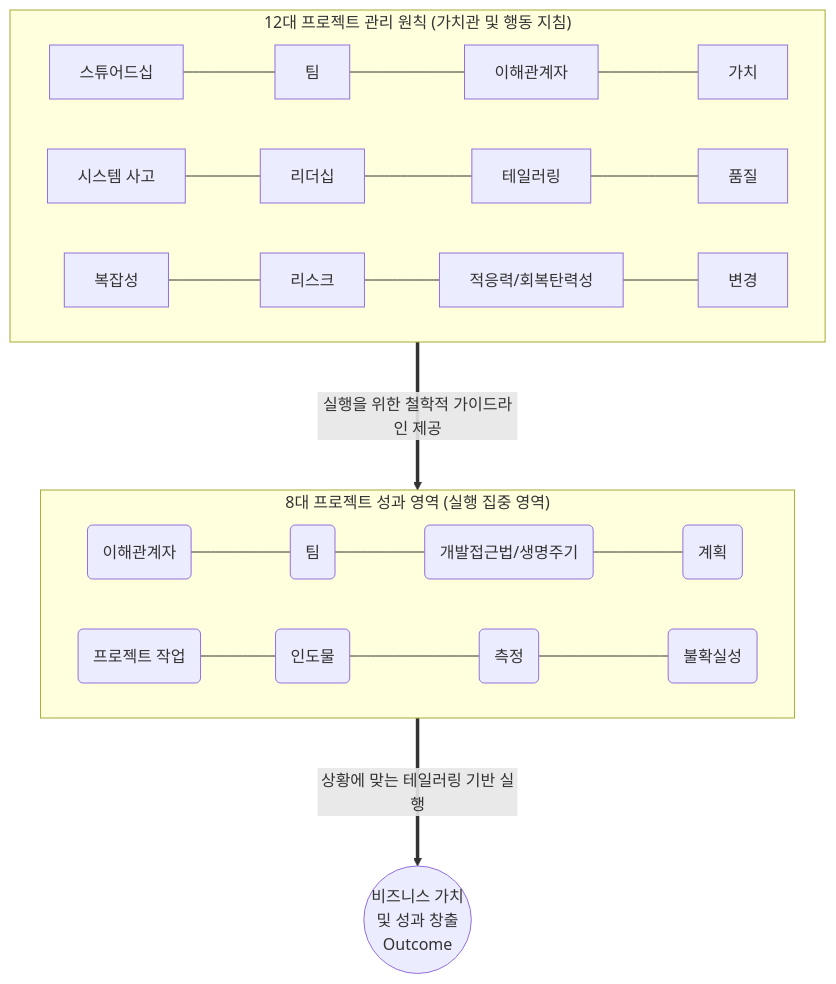
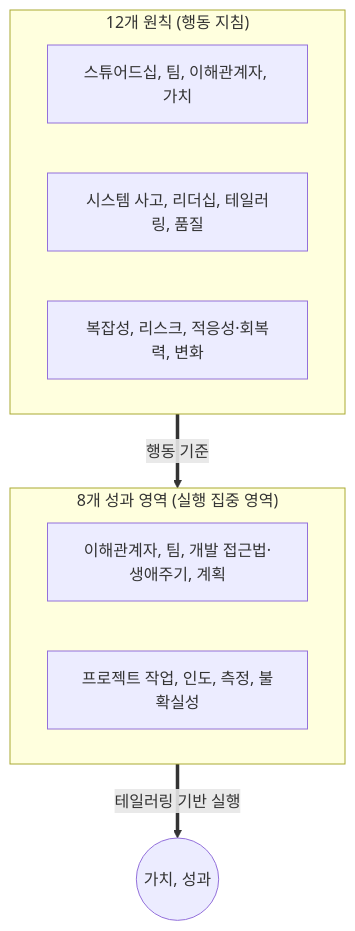
One commit to supremethumb/supremethumb.github.io changed the diagram in content/01_IT Tech/PMBOK 8개 성과 영역 및 프로젝트 관리 12원칙(PMBOK 7판).md. Above: the diagram before and after it, drawn with Mermaid. The commit also changed other lines of this file and 1087 other files, not shown here.

````diff
--- a/content/01_IT Tech/PMBOK 8개 성과 영역 및 프로젝트 관리 12원칙(PMBOK 7판).md
+++ b/content/01_IT Tech/PMBOK 8개 성과 영역 및 프로젝트 관리 12원칙(PMBOK 7판).md
@@ -27,21 +37,17 @@
 ```mermaid
 flowchart TD
-    subgraph Mindset ["12대 프로젝트 관리 원칙 (가치관 및 행동 지침)"]
+    subgraph M ["12개 원칙 (행동 지침)"]
         direction LR
-        P1[스튜어드십] --- P2[팀] --- P3[이해관계자] --- P4[가치]
-        P5[시스템 사고] --- P6[리더십] --- P7[테일러링] --- P8[품질]
-        P9[복잡성] --- P10[리스크] --- P11[적응력/회복탄력성] --- P12[변경]
+        P1["스튜어드십, 팀, 이해관계자, 가치"]
+        P2["시스템 사고, 리더십, 테일러링, 품질"]
+        P3["복잡성, 리스크, 적응성·회복력, 변화"]
     end
-
-    subgraph Action ["8대 프로젝트 성과 영역 (실행 집중 영역)"]
+    subgraph A ["8개 성과 영역 (실행 집중 영역)"]
         direction LR
-        D1(이해관계자) --- D2(팀) --- D3(개발접근법/생명주기) --- D4(계획)
-        D5(프로젝트 작업) --- D6(인도물) --- D7(측정) --- D8(불확실성)
+        D1["이해관계자, 팀, 개발 접근법·생애주기, 계획"]
+        D2["프로젝트 작업, 인도, 측정, 불확실성"]
     end
-
-    Result((비즈니스 가치\n및 성과 창출\nOutcome))
-
-    Mindset == "실행을 위한 철학적 가이드라인 제공" ===> Action
-    Action == "상황에 맞는 테일러링 기반 실행" ===> Result
-
+    R(("가치, 성과"))
+    M ==>|"행동 기준"| A
+    A ==>|"테일러링 기반 실행"| R
 ```
````
